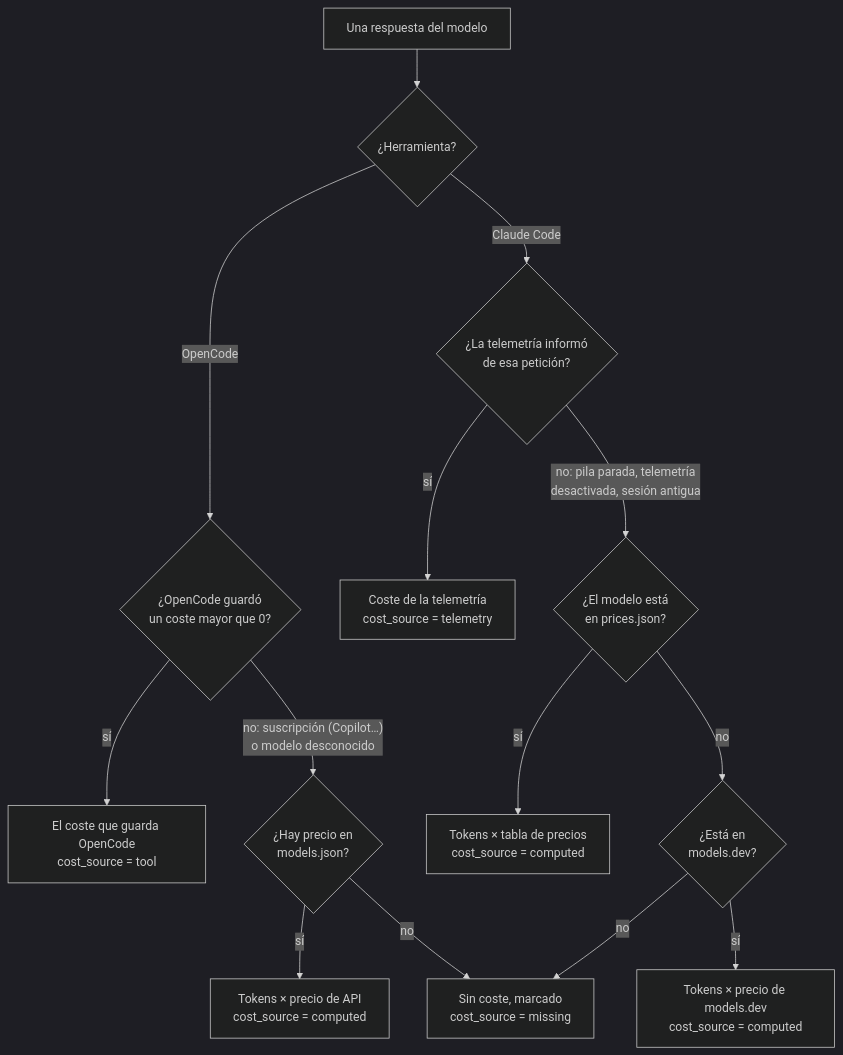
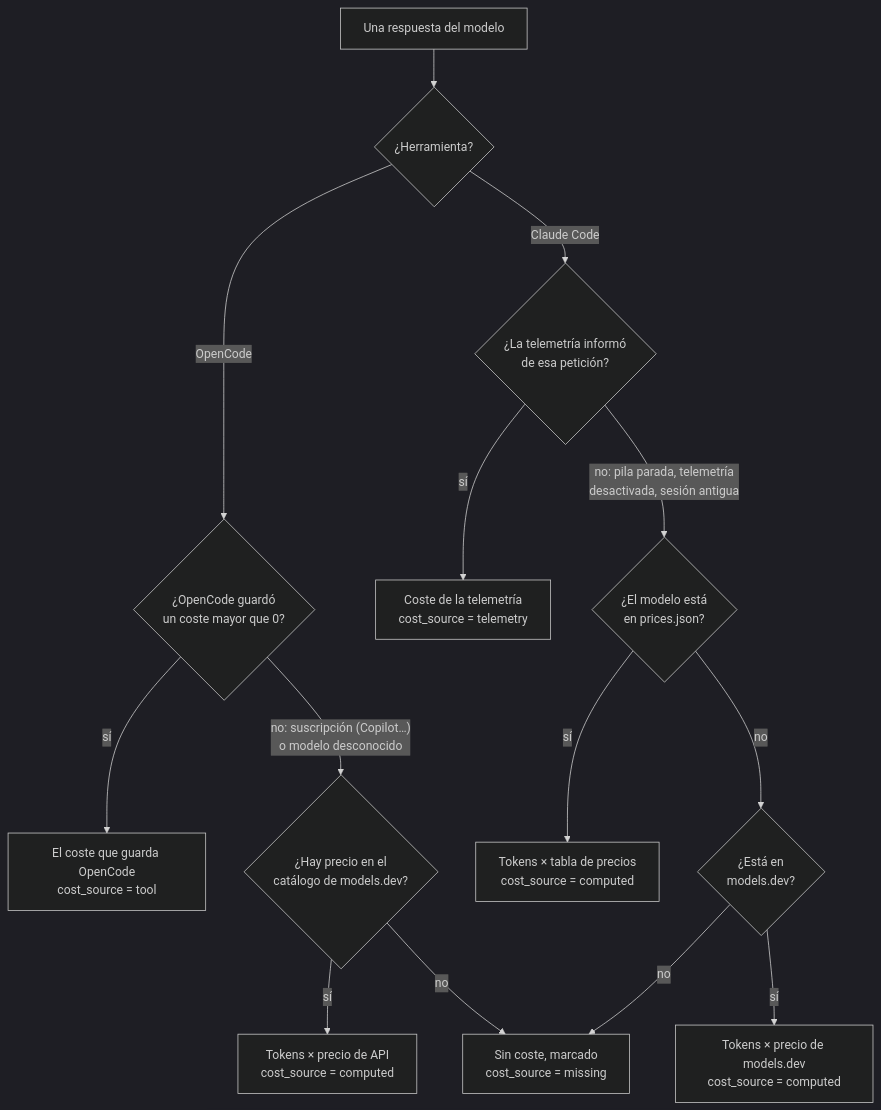
The third of 4 diagrams in README.md (oscarabal/IA-metrics), drawn with Mermaid (dark theme) before and after one commit. The commit also changed other lines of this file and 20 other files, not shown here.

````diff
--- a/README.md
+++ b/README.md
@@ -137,16 +137,16 @@
 ```mermaid
 flowchart TD
     M["Una respuesta del modelo"] --> T{"¿Herramienta?"}
     T -- OpenCode --> OS{"¿OpenCode guardó<br/>un coste mayor que 0?"}
     OS -- sí --> O["El coste que guarda OpenCode<br/>cost_source = tool"]
-    OS -- "no: suscripción (Copilot…)<br/>o modelo desconocido" --> OP{"¿Hay precio en<br/>models.json?"}
+    OS -- "no: suscripción (Copilot…)<br/>o modelo desconocido" --> OP{"¿Hay precio en el<br/>catálogo de models.dev?"}
     OP -- sí --> OC2["Tokens × precio de API<br/>cost_source = computed"]
     OP -- no --> CM
     T -- "Claude Code" --> TEL{"¿La telemetría informó<br/>de esa petición?"}
     TEL -- sí --> CT["Coste de la telemetría<br/>cost_source = telemetry"]
     TEL -- "no: pila parada, telemetría<br/>desactivada, sesión antigua" --> P{"¿El modelo está<br/>en prices.json?"}
     P -- sí --> CP["Tokens × tabla de precios<br/>cost_source = computed"]
     P -- no --> PD{"¿Está en<br/>models.dev?"}
     PD -- sí --> CD["Tokens × precio de models.dev<br/>cost_source = computed"]
     PD -- no --> CM["Sin coste, marcado<br/>cost_source = missing"]
 ```
````
